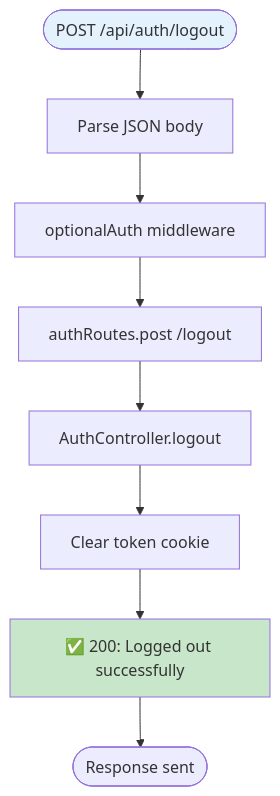
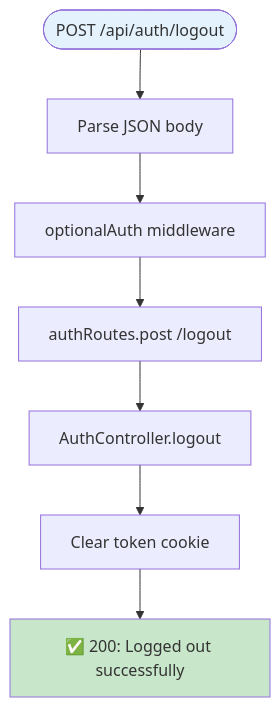
The third of 26 diagrams in docs/SERVER_ENDPOINTS_MAP.md (shmuelkapiloff/simple-), drawn with Mermaid before and after one commit. The commit also changed other lines of this file, not shown here.

Commit message:
fix: Remove End nodes from flowcharts to fix GitHub Mermaid rendering

````diff
--- a/docs/SERVER_ENDPOINTS_MAP.md
+++ b/docs/SERVER_ENDPOINTS_MAP.md
@@ -188,15 +175,14 @@
 ```mermaid
 flowchart TD
     Request([POST /api/auth/logout]) --> Middleware1[Parse JSON body]
     Middleware1 --> OptionalAuth[optionalAuth middleware]
     OptionalAuth --> RouteHandler[authRoutes.post /logout]
     
     RouteHandler --> Controller[AuthController.logout]
     Controller --> ClearCookie[Clear token cookie]
     ClearCookie --> Return200["✅ 200: Logged out successfully"]
     
-    Return200 --> End([Response sent])
     
     style Request fill:#e3f2fd
     style Return200 fill:#c8e6c9
 ```
````
